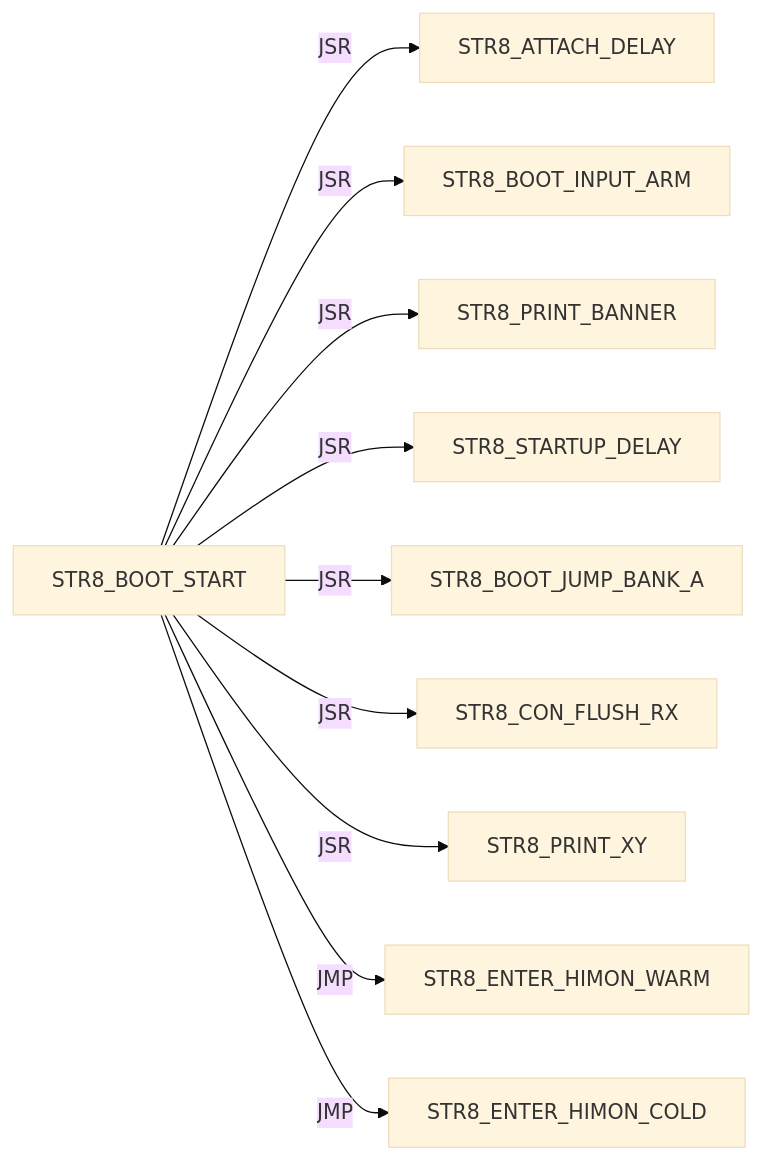
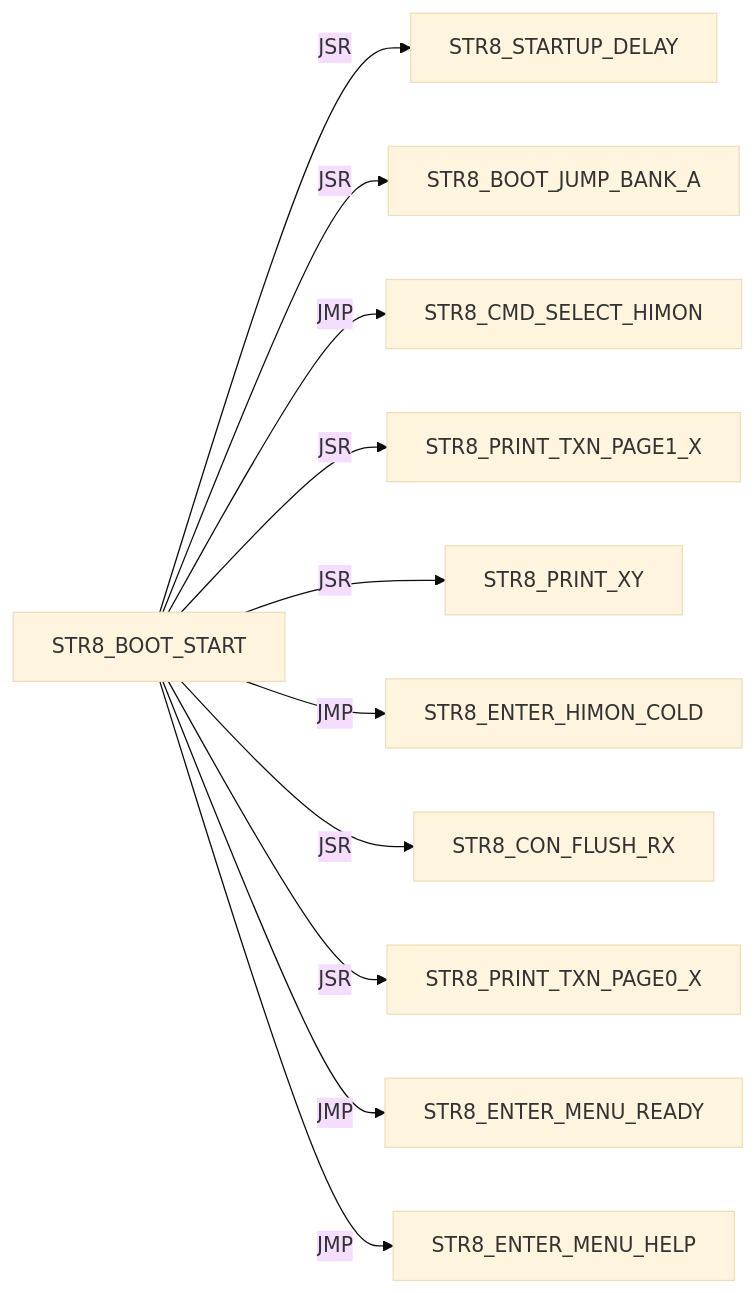
The seventh of 42 diagrams in DOC/GUIDES/STR8/STR8_EDGE_DUMP.md (95westus/R-YORS), drawn with Mermaid (base theme) before and after one commit. The commit also changed other lines of this file and 33 other files, not shown here.

````diff
--- a/DOC/GUIDES/STR8/STR8_EDGE_DUMP.md
+++ b/DOC/GUIDES/STR8/STR8_EDGE_DUMP.md
@@ -133,12 +114,13 @@
 ```mermaid
 flowchart LR
-    N0["STR8_BOOT_START"] -->|JSR| N1["STR8_ATTACH_DELAY"]
-    N0["STR8_BOOT_START"] -->|JSR| N2["STR8_BOOT_INPUT_ARM"]
-    N0["STR8_BOOT_START"] -->|JSR| N3["STR8_PRINT_BANNER"]
-    N0["STR8_BOOT_START"] -->|JSR| N4["STR8_STARTUP_DELAY"]
-    N0["STR8_BOOT_START"] -->|JSR| N5["STR8_BOOT_JUMP_BANK_A"]
-    N0["STR8_BOOT_START"] -->|JSR| N6["STR8_CON_FLUSH_RX"]
-    N0["STR8_BOOT_START"] -->|JSR| N7["STR8_PRINT_XY"]
-    N0["STR8_BOOT_START"] -->|JMP| N8["STR8_ENTER_HIMON_WARM"]
-    N0["STR8_BOOT_START"] -->|JMP| N9["STR8_ENTER_HIMON_COLD"]
+    N0["STR8_BOOT_START"] -->|JSR| N1["STR8_STARTUP_DELAY"]
+    N0["STR8_BOOT_START"] -->|JSR| N2["STR8_BOOT_JUMP_BANK_A"]
+    N0["STR8_BOOT_START"] -->|JMP| N3["STR8_CMD_SELECT_HIMON"]
+    N0["STR8_BOOT_START"] -->|JSR| N4["STR8_PRINT_TXN_PAGE1_X"]
+    N0["STR8_BOOT_START"] -->|JSR| N5["STR8_PRINT_XY"]
+    N0["STR8_BOOT_START"] -->|JMP| N6["STR8_ENTER_HIMON_COLD"]
+    N0["STR8_BOOT_START"] -->|JSR| N7["STR8_CON_FLUSH_RX"]
+    N0["STR8_BOOT_START"] -->|JSR| N8["STR8_PRINT_TXN_PAGE0_X"]
+    N0["STR8_BOOT_START"] -->|JMP| N9["STR8_ENTER_MENU_READY"]
+    N0["STR8_BOOT_START"] -->|JMP| N10["STR8_ENTER_MENU_HELP"]
 ```
````
